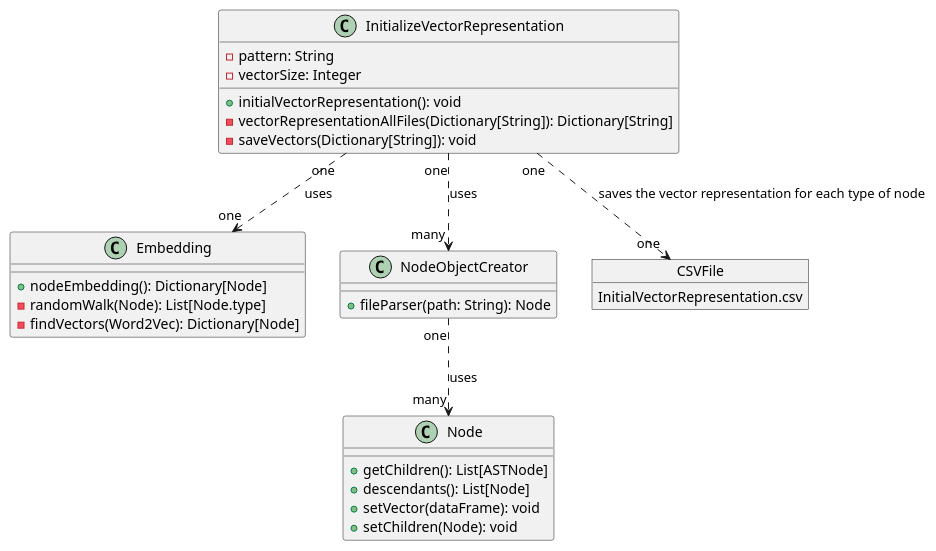
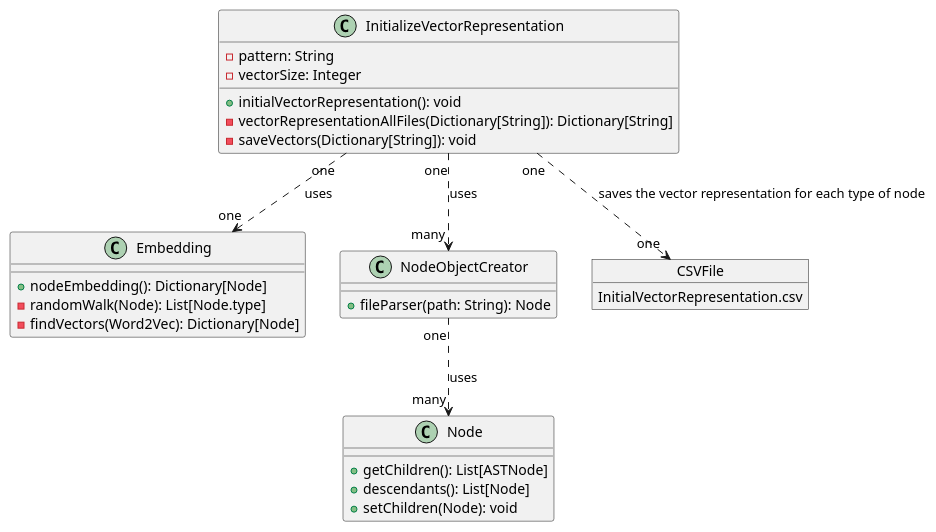
The diagram in documentation/class_diagrams/initial_vector_representation.puml (a-domingu/tbcnn2), drawn with PlantUML before and after one commit. The commit also changed 4 other files, not shown here.

Commit message:
We modify some aspects of the class diagram and we add some comments in the instructions.md

```diff
--- a/documentation/class_diagrams/initial_vector_representation.puml
+++ b/documentation/class_diagrams/initial_vector_representation.puml
@@ -1,43 +1,42 @@
 @startuml Initial_vector_representation-model
 
 class InitializeVectorRepresentation {
     - pattern: String
     - vectorSize: Integer
     + initialVectorRepresentation(): void
     - vectorRepresentationAllFiles(Dictionary[String]): Dictionary[String]
     - saveVectors(Dictionary[String]): void
 }
 
 
 class Embedding {
     + nodeEmbedding(): Dictionary[Node]
     - randomWalk(Node): List[Node.type]
     - findVectors(Word2Vec): Dictionary[Node]
 }
 
 class Node {
 
     + getChildren(): List[ASTNode]
     + descendants(): List[Node]
-    + setVector(dataFrame): void
     + setChildren(Node): void
 }
 
 
 class NodeObjectCreator {
     + fileParser(path: String): Node
 }
 
 object CSVFile {
     InitialVectorRepresentation.csv
 }
 
 
 InitializeVectorRepresentation "one" ..> "one" Embedding : uses
 InitializeVectorRepresentation "one" ..> "many" NodeObjectCreator : uses
 NodeObjectCreator "one"..> "many" Node : uses
 
 InitializeVectorRepresentation "one" ..> "one" CSVFile: saves the vector representation for each type of node
 
 
 @enduml
```
